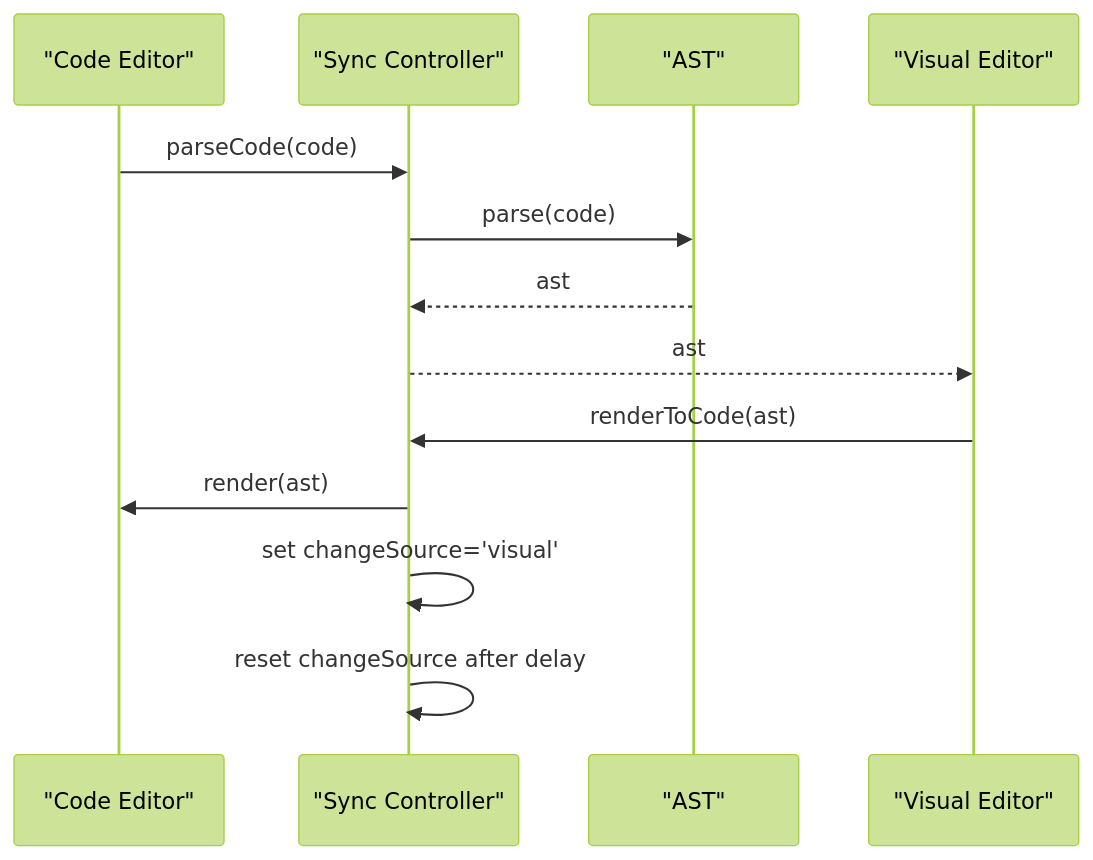
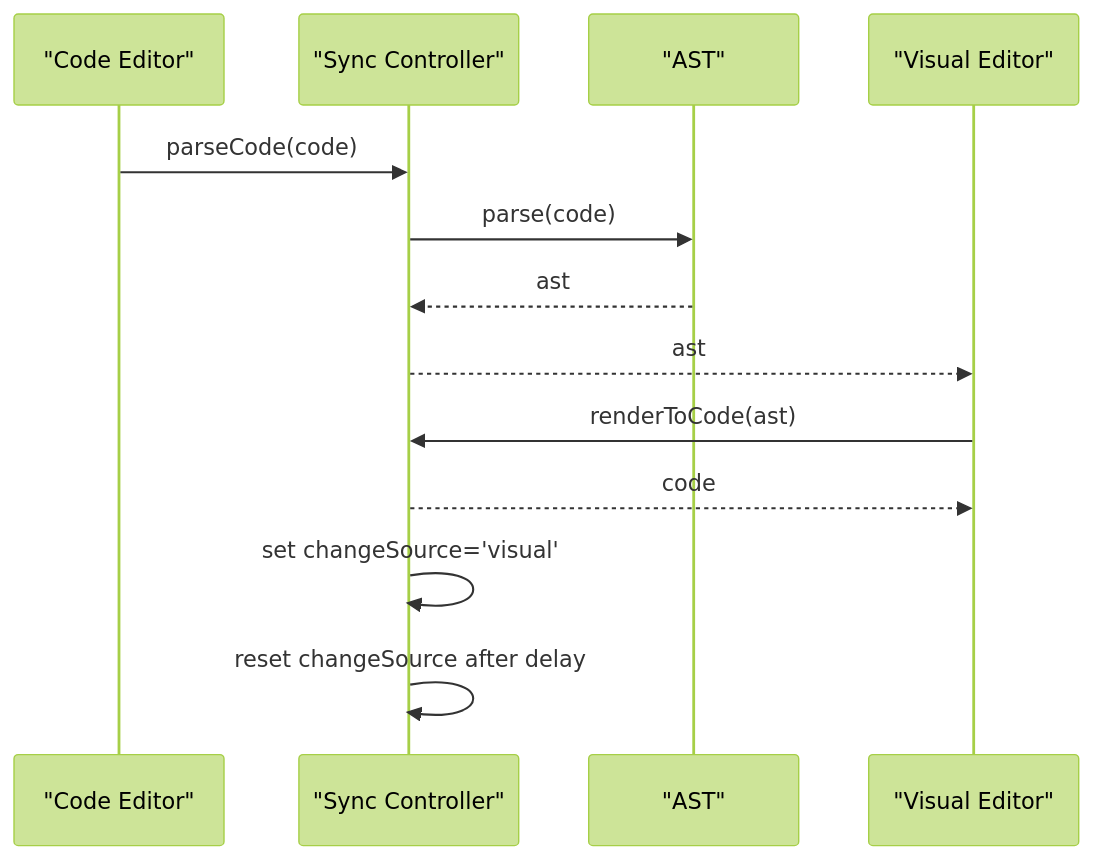
One commit to ongchonghian/universal-diagram-editor changed the fourth of 5 diagrams in .qoder/repowiki/en/content/Diagram Types and Formats/Mermaid Diagrams/Flowcharts and Flowchart Types.md. Above: the diagram before and after it, drawn with Mermaid (forest theme). The commit also changed other lines of this file and 31 other files, not shown here.

````diff
--- a/.qoder/repowiki/en/content/Diagram Types and Formats/Mermaid Diagrams/Flowcharts and Flowchart Types.md
+++ b/.qoder/repowiki/en/content/Diagram Types and Formats/Mermaid Diagrams/Flowcharts and Flowchart Types.md
@@ -144,15 +134,15 @@
 ```mermaid
 sequenceDiagram
 participant Code as "Code Editor"
 participant Sync as "Sync Controller"
 participant AST as "AST"
 participant Visual as "Visual Editor"
 Code->>Sync : parseCode(code)
 Sync->>AST : parse(code)
 AST-->>Sync : ast
 Sync-->>Visual : ast
 Visual->>Sync : renderToCode(ast)
-Sync->>Code : render(ast)
+Sync-->>Visual : code
 Sync->>Sync : set changeSource='visual'
 Sync->>Sync : reset changeSource after delay
 ```
````
